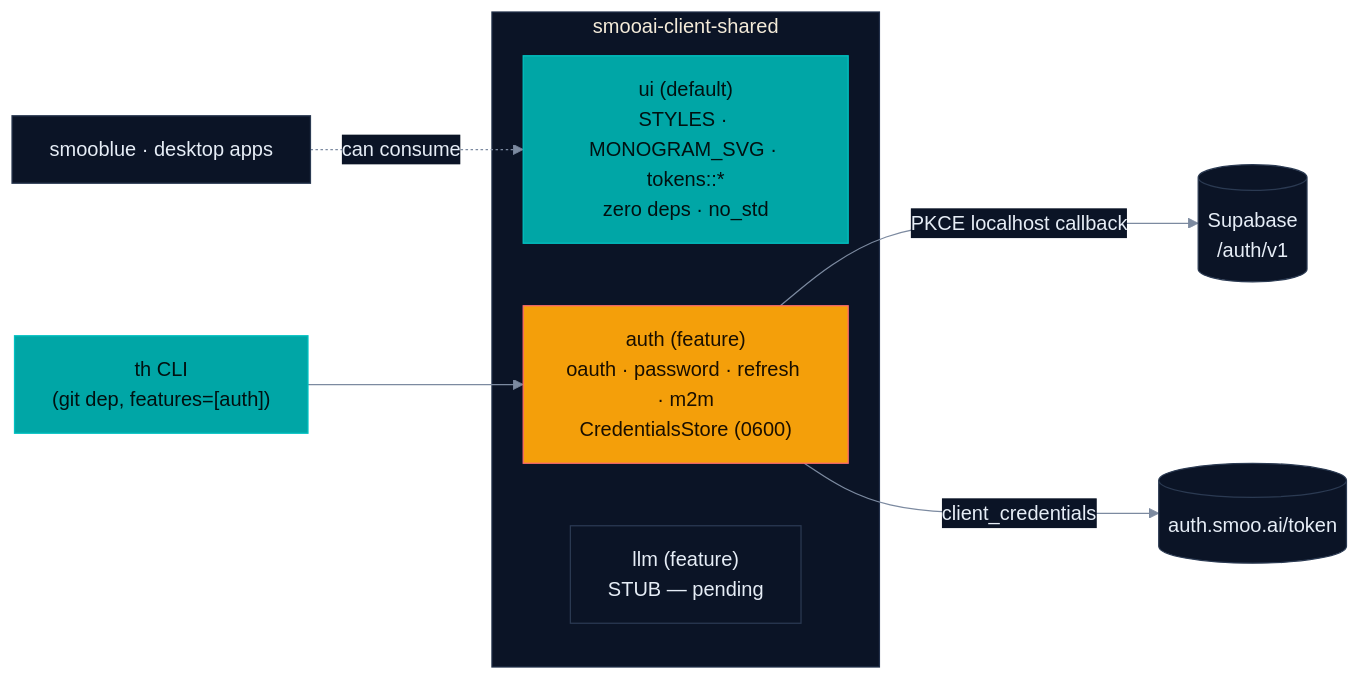
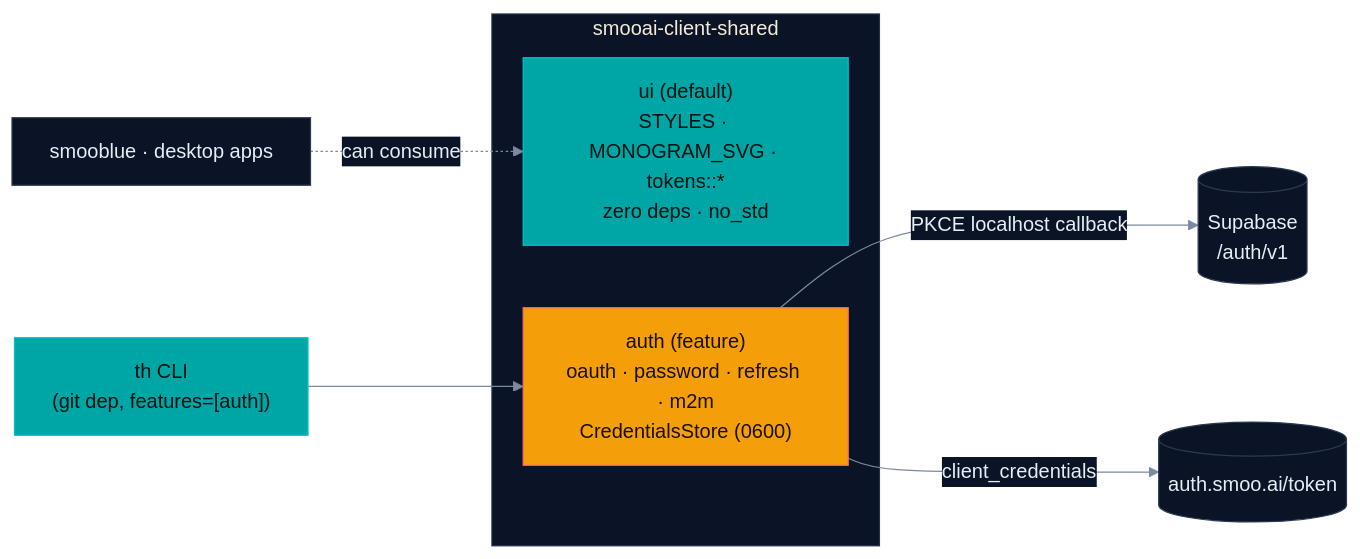
The diagram in README.md (SmooAI/client-shared), drawn with Mermaid before and after one commit. The commit also changed other lines of this file and 12 other files, not shown here.

First line of the commit message:
Become the design-system source of truth: CI, generated tokens, no llm stub (#7)

````diff
--- a/README.md
+++ b/README.md
@@ -36,21 +36,20 @@
 ```mermaid
 %%{init: {'theme':'base','themeVariables':{
   'background':'#020618','primaryColor':'#0b1426','primaryTextColor':'#e6edf6','primaryBorderColor':'#2b3a52',
   'lineColor':'#7c8aa0','secondaryColor':'#0b1426','tertiaryColor':'#0b1426','fontFamily':'ui-sans-serif, system-ui, sans-serif',
   'clusterBkg':'#0b1426','clusterBorder':'#22304a'}}}%%
 flowchart LR
   subgraph CRATE["smooai-client-shared"]
     UI["ui (default)<br/>STYLES · MONOGRAM_SVG · tokens::*<br/>zero deps · no_std"]
     AUTH["auth (feature)<br/>oauth · password · refresh · m2m<br/>CredentialsStore (0600)"]
-    LLM["llm (feature)<br/>STUB — pending"]
   end
   AUTH -->|"PKCE localhost callback"| SB[("Supabase<br/>/auth/v1")]
   AUTH -->|"client_credentials"| TOK[("auth.smoo.ai/token")]
   TH["th CLI<br/>(git dep, features=[auth])"] --> AUTH
   APPS["smooblue · desktop apps"] -.->|"can consume"| UI
 
   classDef warm fill:#f49f0a,stroke:#ff6b6c,color:#1a0f00;
   classDef teal fill:#00a6a6,stroke:#00c2c2,color:#011;
   class AUTH warm
   class UI,TH teal
 ```
````
